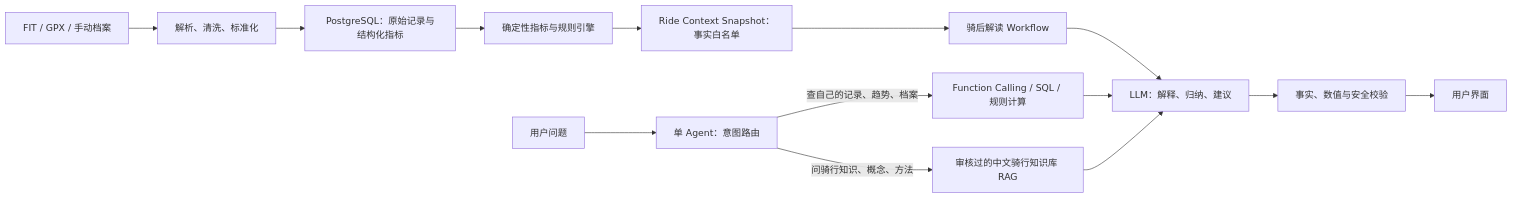
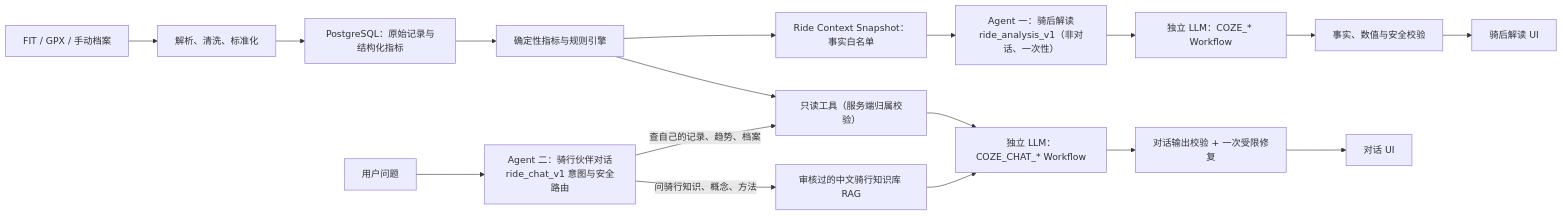
Before and after one commit to yininglee/ai-cycler: the first of 2 diagrams in ai-cycling-amateur-prd.md, drawn with Mermaid. The commit also changed other lines of this file and 8 other files, not shown here.

First line of the commit message:
docs: align governance docs to dual-agent architecture (ADR-024)

````diff
--- a/ai-cycling-amateur-prd.md
+++ b/ai-cycling-amateur-prd.md
@@ -584,17 +622,20 @@
 ```mermaid
 flowchart LR
   A["FIT / GPX / 手动档案"] --> B["解析、清洗、标准化"]
   B --> C["PostgreSQL：原始记录与结构化指标"]
   C --> D["确定性指标与规则引擎"]
   D --> E["Ride Context Snapshot：事实白名单"]
-  E --> F["骑后解读 Workflow"]
-  F --> G["LLM：解释、归纳、建议"]
+  E --> F["Agent 一：骑后解读\nride_analysis_v1（非对话、一次性）"]
+  F --> G["独立 LLM：COZE_* Workflow"]
   G --> H["事实、数值与安全校验"]
-  H --> I["用户界面"]
+  H --> I["骑后解读 UI"]
 
-  Q["用户问题"] --> R["单 Agent：意图路由"]
-  R -->|"查自己的记录、趋势、档案"| T["Function Calling / SQL / 规则计算"]
+  Q["用户问题"] --> R["Agent 二：骑行伙伴对话\nride_chat_v1 意图与安全路由"]
+  R -->|"查自己的记录、趋势、档案"| T["只读工具（服务端归属校验）"]
   R -->|"问骑行知识、概念、方法"| K["审核过的中文骑行知识库 RAG"]
-  T --> G
-  K --> G
+  D --> T
+  T --> G2["独立 LLM：COZE_CHAT_* Workflow"]
+  K --> G2
+  G2 --> H2["对话输出校验 + 一次受限修复"]
+  H2 --> J["对话 UI"]
 ```
````
